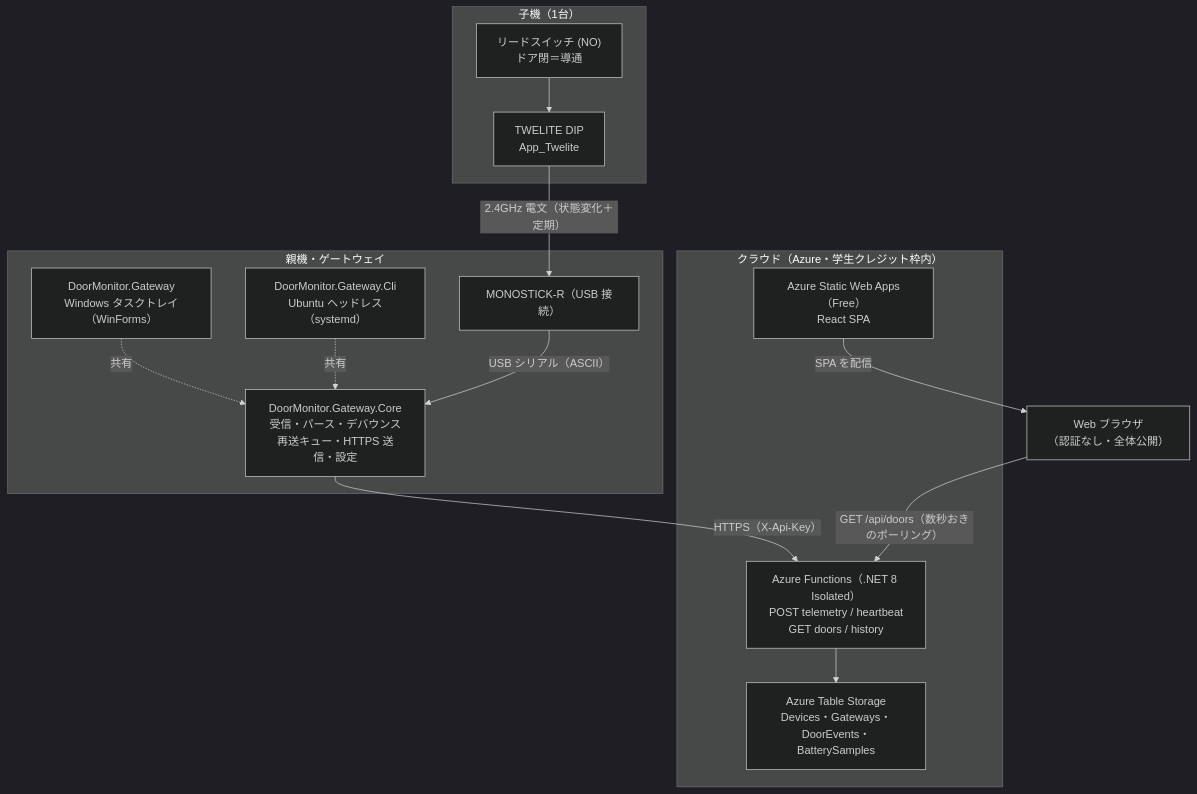
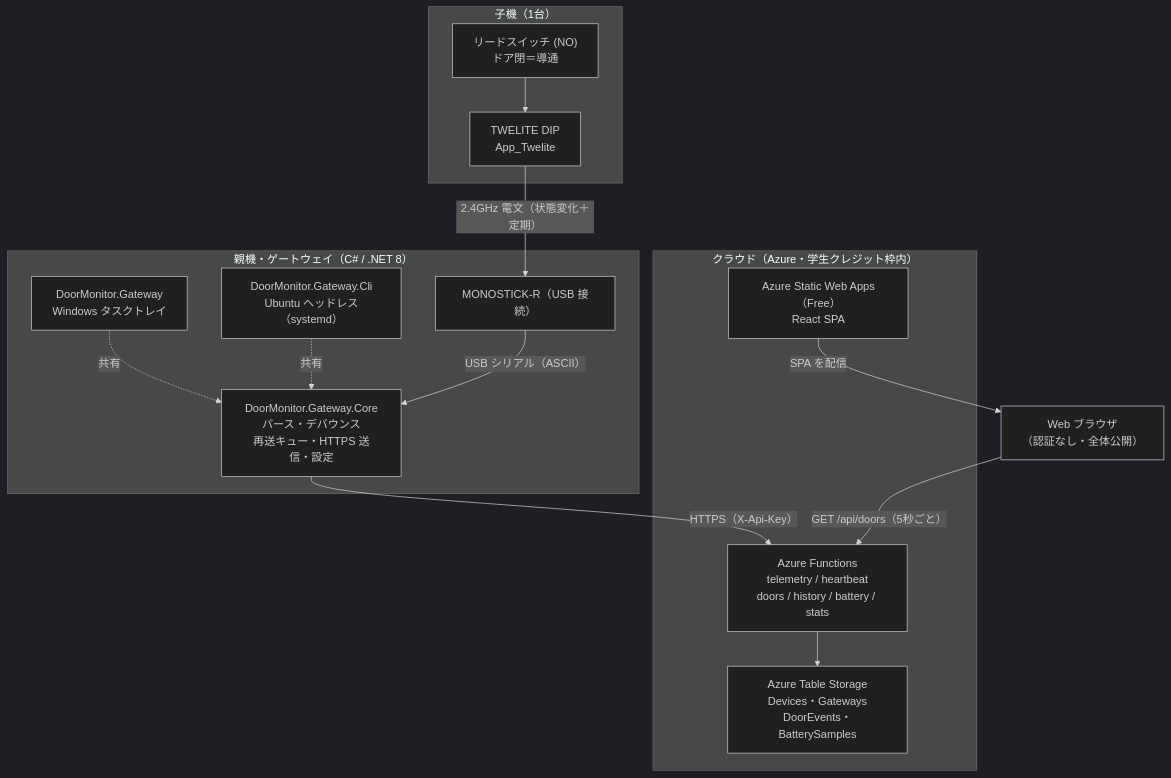
The first of 2 diagrams in README.md (nicerice21/door-iot), drawn with Mermaid (dark theme) before and after one commit. The commit also changed other lines of this file and 3 other files, not shown here.

First line of the commit message:
docs: README を再構成し構成図とデータフローを追加

````diff
--- a/README.md
+++ b/README.md
@@ -11,30 +38,30 @@
 ```mermaid
 flowchart TB
     subgraph HW["子機（1台）"]
         SW["リードスイッチ (NO)<br/>ドア閉＝導通"] --> TWELITE["TWELITE DIP<br/>App_Twelite"]
     end
 
-    subgraph GW["親機・ゲートウェイ"]
+    subgraph GW["親機・ゲートウェイ（C# / .NET 8）"]
         MONO["MONOSTICK-R（USB 接続）"]
-        CORE["DoorMonitor.Gateway.Core<br/>受信・パース・デバウンス<br/>再送キュー・HTTPS 送信・設定"]
-        WIN["DoorMonitor.Gateway<br/>Windows タスクトレイ（WinForms）"]
+        CORE["DoorMonitor.Gateway.Core<br/>パース・デバウンス<br/>再送キュー・HTTPS 送信・設定"]
+        WIN["DoorMonitor.Gateway<br/>Windows タスクトレイ"]
         LINUX["DoorMonitor.Gateway.Cli<br/>Ubuntu ヘッドレス（systemd）"]
         WIN -. 共有 .-> CORE
         LINUX -. 共有 .-> CORE
     end
 
     subgraph CLOUD["クラウド（Azure・学生クレジット枠内）"]
-        FUNC["Azure Functions（.NET 8 Isolated）<br/>POST telemetry / heartbeat<br/>GET doors / history"]
-        STORE["Azure Table Storage<br/>Devices・Gateways・DoorEvents・BatterySamples"]
+        FUNC["Azure Functions<br/>telemetry / heartbeat<br/>doors / history / battery / stats"]
+        STORE["Azure Table Storage<br/>Devices・Gateways<br/>DoorEvents・BatterySamples"]
         SWA["Azure Static Web Apps（Free）<br/>React SPA"]
     end
 
     CLIENT["Web ブラウザ<br/>（認証なし・全体公開）"]
 
     TWELITE -- "2.4GHz 電文（状態変化＋定期）" --> MONO
     MONO -- "USB シリアル（ASCII）" --> CORE
     CORE -- "HTTPS（X-Api-Key）" --> FUNC
     FUNC --> STORE
     SWA -- "SPA を配信" --> CLIENT
-    CLIENT -- "GET /api/doors（数秒おきのポーリング）" --> FUNC
+    CLIENT -- "GET /api/doors（5秒ごと）" --> FUNC
 ```
````
